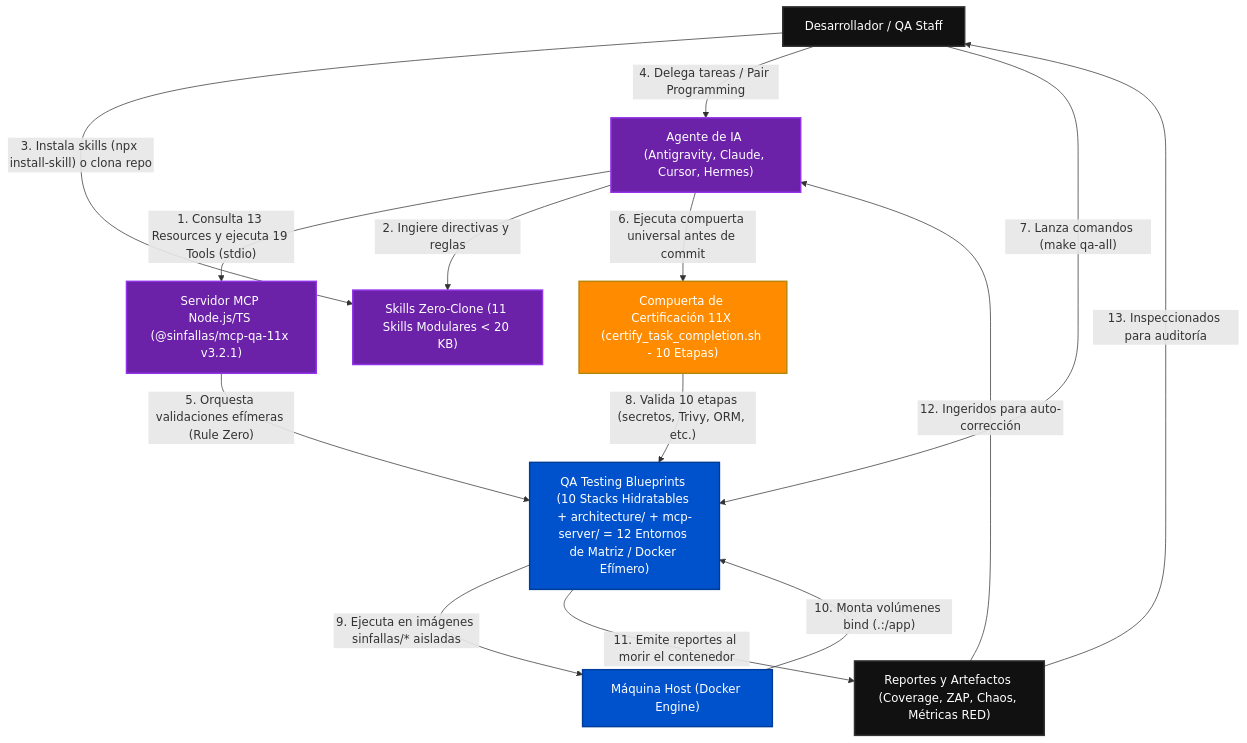
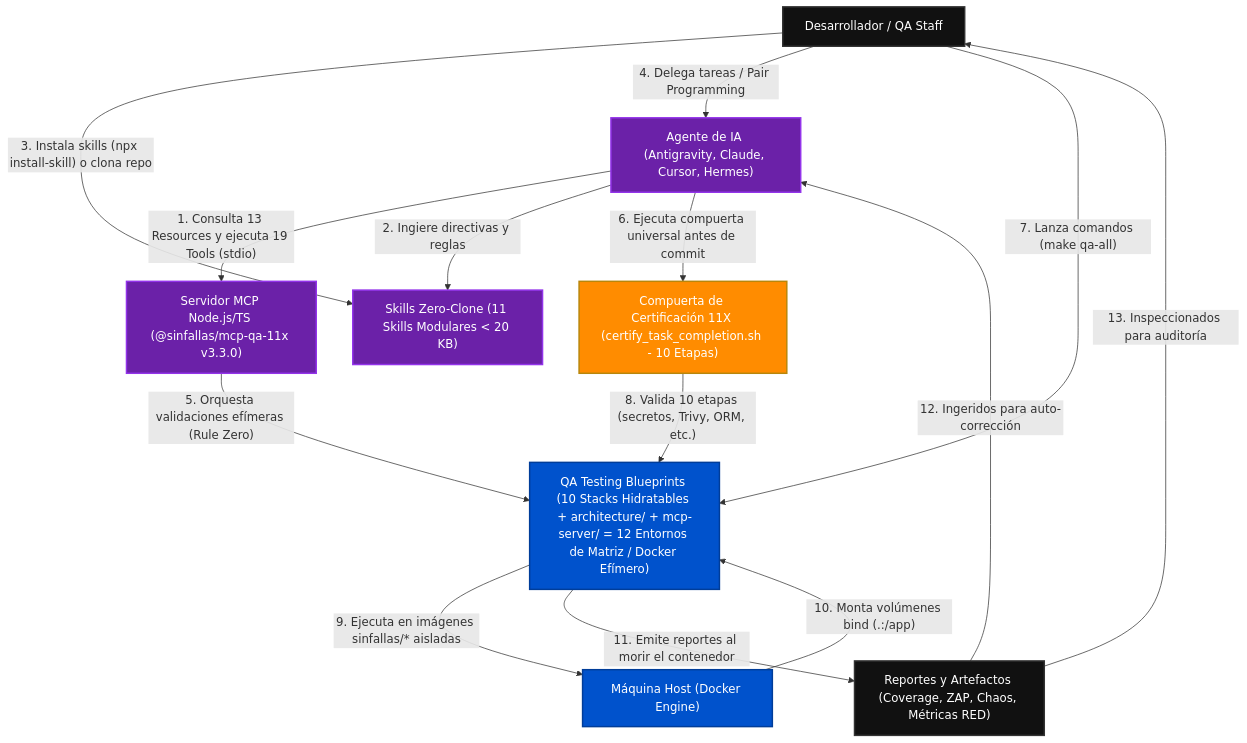
One commit to tecno-consultores/qa-testing-blueprints changed the first of 3 diagrams in docs/ARCHITECTURE_C4.es.md. Above: the diagram before and after it, drawn with Mermaid. The commit also changed other lines of this file and 53 other files, not shown here.

````diff
--- a/docs/ARCHITECTURE_C4.es.md
+++ b/docs/ARCHITECTURE_C4.es.md
@@ -12,33 +12,33 @@
 ```mermaid
 flowchart TD
     Human["Desarrollador / QA Staff"]
     Agent["Agente de IA (Antigravity, Claude, Cursor, Hermes)"]
-    MCP["Servidor MCP Node.js/TS (@sinfallas/mcp-qa-11x v3.2.1)"]
+    MCP["Servidor MCP Node.js/TS (@sinfallas/mcp-qa-11x v3.3.0)"]
     Skill["Skills Zero-Clone (11 Skills Modulares < 20 KB)"]
     Gate["Compuerta de Certificación 11X (certify_task_completion.sh - 10 Etapas)"]
     QA["QA Testing Blueprints (10 Stacks Hidratables + architecture/ + mcp-server/ = 12 Entornos de Matriz / Docker Efímero)"]
     Host["Máquina Host (Docker Engine)"]
     Reports["Reportes y Artefactos (Coverage, ZAP, Chaos, Métricas RED)"]
 
     Agent -->|"1. Consulta 13 Resources y ejecuta 19 Tools (stdio)"| MCP
     Agent -->|"2. Ingiere directivas y reglas"| Skill
     Human -->|"3. Instala skills (npx install-skill) o clona repo"| Skill
     Human -->|"4. Delega tareas / Pair Programming"| Agent
     MCP -->|"5. Orquesta validaciones efímeras (Rule Zero)"| QA
     Agent -->|"6. Ejecuta compuerta universal antes de commit"| Gate
     Human -->|"7. Lanza comandos (make qa-all)"| QA
     Gate -->|"8. Valida 10 etapas (secretos, Trivy, ORM, etc.)"| QA
     QA -->|"9. Ejecuta en imágenes sinfallas/* aisladas"| Host
     Host -->|"10. Monta volúmenes bind (.:/app)"| QA
     QA -->|"11. Emite reportes al morir el contenedor"| Reports
     Reports -->|"12. Ingeridos para auto-corrección"| Agent
     Reports -->|"13. Inspeccionados para auditoría"| Human
 
     classDef default fill:#111,stroke:#333,stroke-width:2px,color:#fff;
     classDef highlight fill:#0052cc,stroke:#003d99,stroke-width:2px,color:#fff;
     classDef barrier fill:#ff8c00,stroke:#b8860b,stroke-width:2px,color:#fff;
     classDef ai fill:#6b21a8,stroke:#9333ea,stroke-width:2px,color:#fff;
     class QA,Host highlight;
     class Gate barrier;
     class Agent,MCP,Skill ai;
 ```
````
